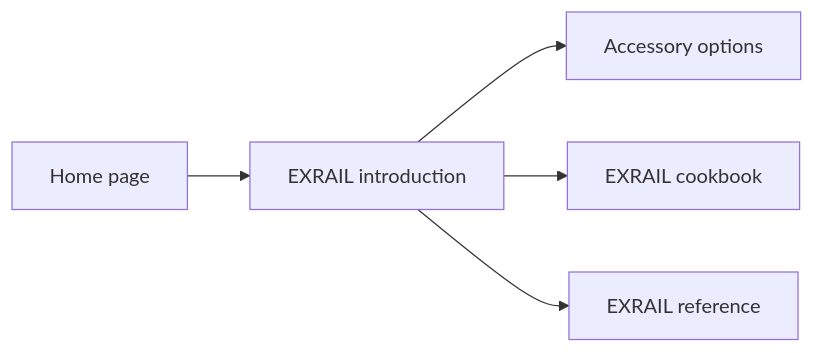
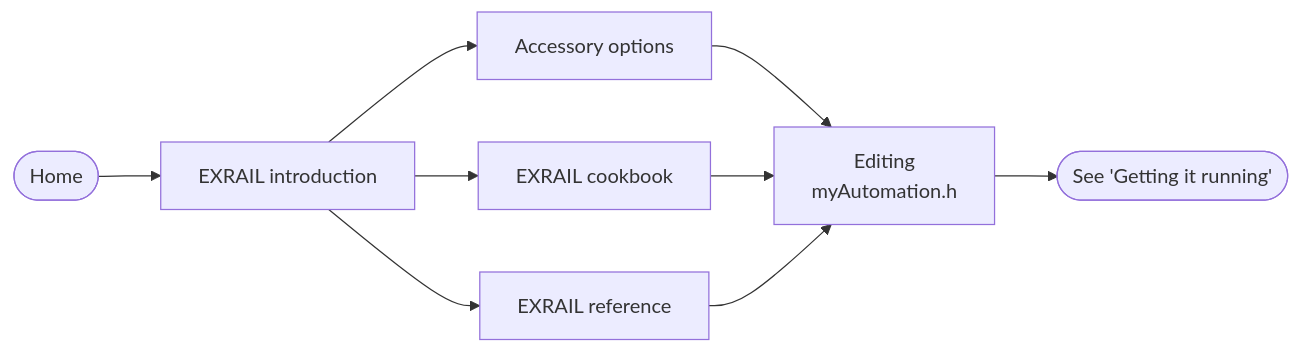
One commit to DCC-EX/mkdocs-test changed the eighth of 10 diagrams in docs/contributing/user-journeys.md. Above: the diagram before and after it, drawn with Mermaid. The commit also changed other lines of this file and 8 other files, not shown here.

````diff
--- a/docs/contributing/user-journeys.md
+++ b/docs/contributing/user-journeys.md
@@ -54,7 +109,11 @@
 ```mermaid
 graph LR
-    A[Home page] --> B[EXRAIL introduction];
+    A([Home]) --> B[EXRAIL introduction];
     B --> C[Accessory options];
     B --> D[EXRAIL cookbook];
     B --> E[EXRAIL reference];
+    C --> F[Editing <br/>myAutomation.h]
+    F --> G([See 'Getting it running'])
+    D --> F;
+    E --> F;
 ```
````
